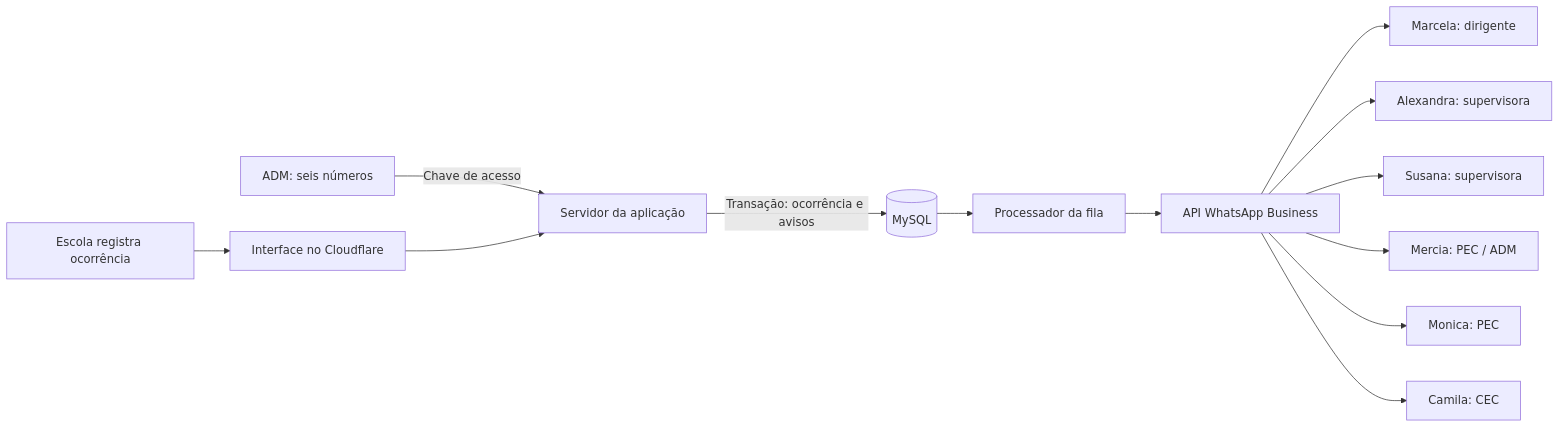
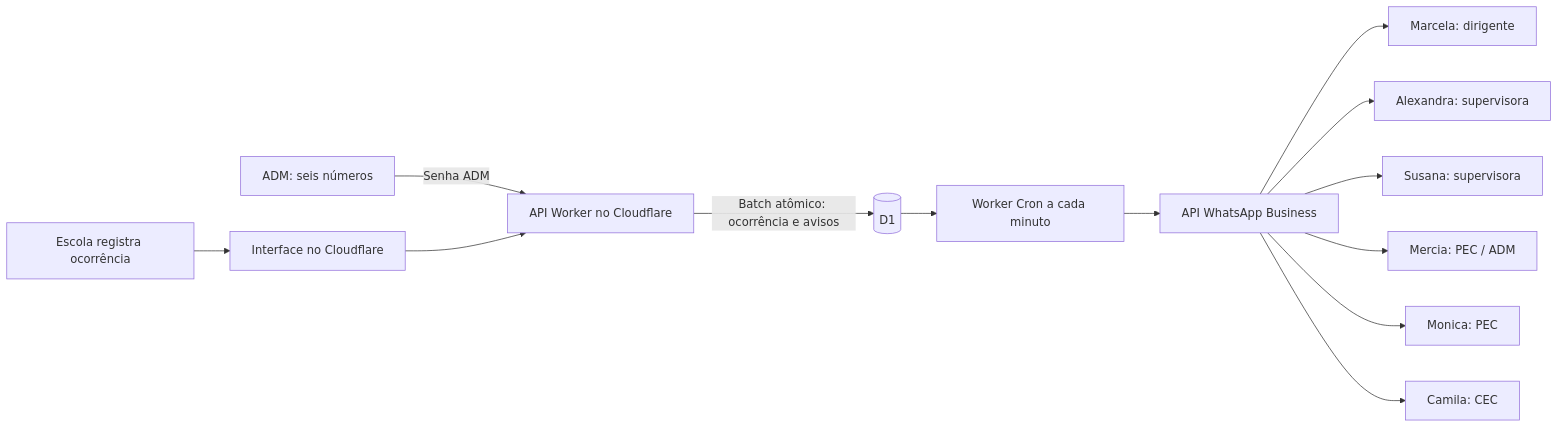
Before and after one commit to Rafael1313html/escola-notifica-o: the diagram in docs/whatsapp.md, drawn with Mermaid. The commit also changed other lines of this file and 38 other files, not shown here.

Commit message:
Publish Cloudflare D1 backend with protected admin access and client UML

````diff
--- a/docs/whatsapp.md
+++ b/docs/whatsapp.md
@@ -9,15 +11,15 @@
 ```mermaid
 flowchart LR
-    ADM[ADM: seis números] -->|Chave de acesso| API[Servidor da aplicação]
+    ADM[ADM: seis números] -->|Senha ADM| API[API Worker no Cloudflare]
     Escola[Escola registra ocorrência] --> Web[Interface no Cloudflare]
     Web --> API
-    API -->|Transação: ocorrência e avisos| DB[(MySQL)]
-    DB --> Fila[Processador da fila]
+    API -->|Batch atômico: ocorrência e avisos| DB[(D1)]
+    DB --> Fila[Worker Cron a cada minuto]
     Fila --> Meta[API WhatsApp Business]
     Meta --> Marcela[Marcela: dirigente]
     Meta --> Alexandra[Alexandra: supervisora]
     Meta --> Susana[Susana: supervisora]
     Meta --> Mercia[Mercia: PEC / ADM]
     Meta --> Monica[Monica: PEC]
     Meta --> Camila[Camila: CEC]
 ```
````
